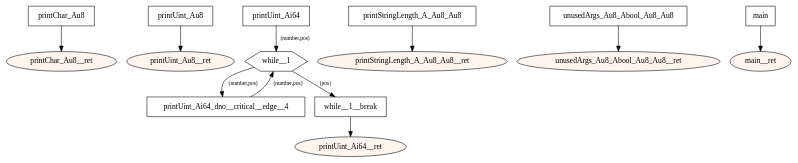
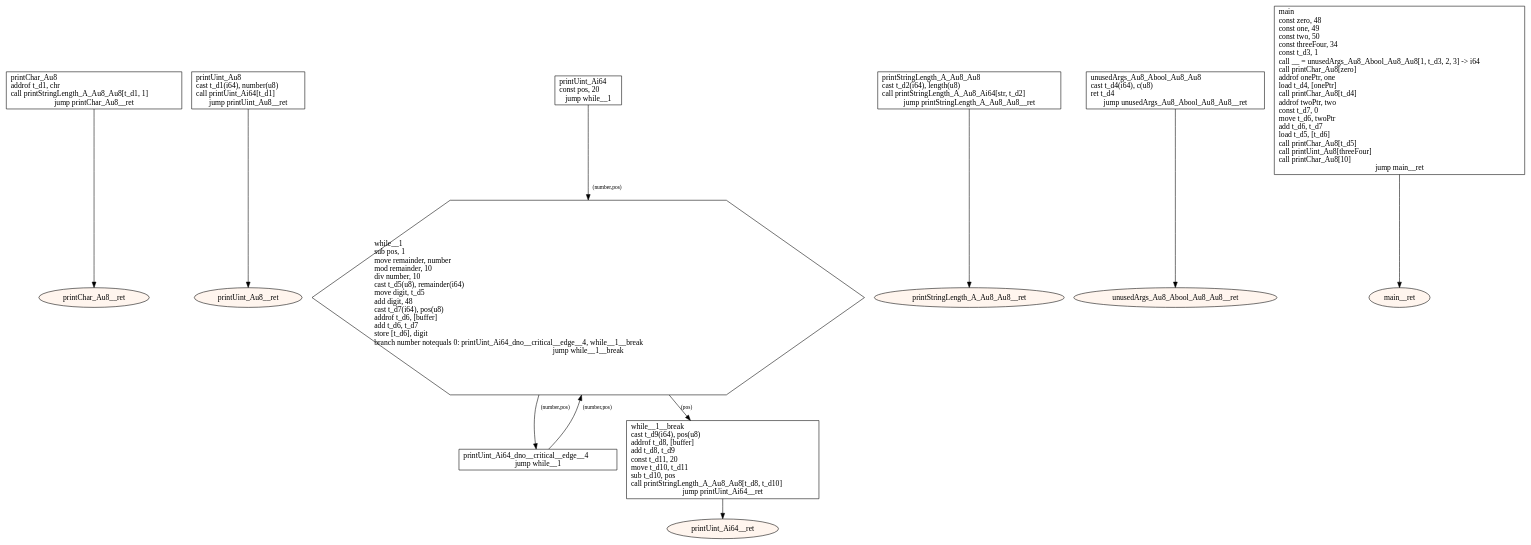
Before and after one commit to tmssngr/tinyC: the diagram in src/main/resources-test/compiler/windows/basics.dot, drawn with Graphviz. The commit also changed 23 other files, not shown here.

```diff
--- a/src/main/resources-test/compiler/windows/basics.dot
+++ b/src/main/resources-test/compiler/windows/basics.dot
@@ -1,40 +1,40 @@
 digraph program {
 	edge[fontsize="10pt"];
 	subgraph fn_printChar_Au8 {
-		BasicBlock_0_printChar_Au8 [label="printChar_Au8",shape=box];
+		BasicBlock_0_printChar_Au8 [label="printChar_Au8\laddrof t_d1, chr\lcall printStringLength_A_Au8_Au8[t_d1, 1]\ljump printChar_Au8__ret",shape=box];
 		BasicBlock_0_printChar_Au8 -> BasicBlock_0_printChar_Au8__ret;
 		BasicBlock_0_printChar_Au8__ret [label="printChar_Au8__ret",shape=oval,style=filled,fillcolor="#fff5ee"];
 	}
 	subgraph fn_printUint_Au8 {
-		BasicBlock_1_printUint_Au8 [label="printUint_Au8",shape=box];
+		BasicBlock_1_printUint_Au8 [label="printUint_Au8\lcast t_d1(i64), number(u8)\lcall printUint_Ai64[t_d1]\ljump printUint_Au8__ret",shape=box];
 		BasicBlock_1_printUint_Au8 -> BasicBlock_1_printUint_Au8__ret;
 		BasicBlock_1_printUint_Au8__ret [label="printUint_Au8__ret",shape=oval,style=filled,fillcolor="#fff5ee"];
 	}
 	subgraph fn_printUint_Ai64 {
-		BasicBlock_2_printUint_Ai64 [label="printUint_Ai64",shape=box];
+		BasicBlock_2_printUint_Ai64 [label="printUint_Ai64\lconst pos, 20\ljump while__1",shape=box];
 		BasicBlock_2_printUint_Ai64 -> BasicBlock_2_while__1 [label="(number,pos)"];
-		BasicBlock_2_printUint_Ai64_dno__critical__edge__4 [label="printUint_Ai64_dno__critical__edge__4",shape=box];
+		BasicBlock_2_printUint_Ai64_dno__critical__edge__4 [label="printUint_Ai64_dno__critical__edge__4\ljump while__1",shape=box];
 		BasicBlock_2_printUint_Ai64_dno__critical__edge__4 -> BasicBlock_2_while__1 [label="(number,pos)"];
-		BasicBlock_2_while__1 [label="while__1",shape=hexagon];
+		BasicBlock_2_while__1 [label="while__1\lsub pos, 1\lmove remainder, number\lmod remainder, 10\ldiv number, 10\lcast t_d5(u8), remainder(i64)\lmove digit, t_d5\ladd digit, 48\lcast t_d7(i64), pos(u8)\laddrof t_d6, [buffer]\ladd t_d6, t_d7\lstore [t_d6], digit\lbranch number notequals 0: printUint_Ai64_dno__critical__edge__4, while__1__break\ljump while__1__break",shape=hexagon];
 		BasicBlock_2_while__1 -> BasicBlock_2_printUint_Ai64_dno__critical__edge__4 [label="(number,pos)"];
 		BasicBlock_2_while__1 -> BasicBlock_2_while__1__break [label="(pos)"];
-		BasicBlock_2_while__1__break [label="while__1__break",shape=box];
+		BasicBlock_2_while__1__break [label="while__1__break\lcast t_d9(i64), pos(u8)\laddrof t_d8, [buffer]\ladd t_d8, t_d9\lconst t_d11, 20\lmove t_d10, t_d11\lsub t_d10, pos\lcall printStringLength_A_Au8_Au8[t_d8, t_d10]\ljump printUint_Ai64__ret",shape=box];
 		BasicBlock_2_while__1__break -> BasicBlock_2_printUint_Ai64__ret;
 		BasicBlock_2_printUint_Ai64__ret [label="printUint_Ai64__ret",shape=oval,style=filled,fillcolor="#fff5ee"];
 	}
 	subgraph fn_printStringLength_A_Au8_Au8 {
-		BasicBlock_3_printStringLength_A_Au8_Au8 [label="printStringLength_A_Au8_Au8",shape=box];
+		BasicBlock_3_printStringLength_A_Au8_Au8 [label="printStringLength_A_Au8_Au8\lcast t_d2(i64), length(u8)\lcall printStringLength_A_Au8_Ai64[str, t_d2]\ljump printStringLength_A_Au8_Au8__ret",shape=box];
 		BasicBlock_3_printStringLength_A_Au8_Au8 -> BasicBlock_3_printStringLength_A_Au8_Au8__ret;
 		BasicBlock_3_printStringLength_A_Au8_Au8__ret [label="printStringLength_A_Au8_Au8__ret",shape=oval,style=filled,fillcolor="#fff5ee"];
 	}
 	subgraph fn_unusedArgs_Au8_Abool_Au8_Au8 {
-		BasicBlock_4_unusedArgs_Au8_Abool_Au8_Au8 [label="unusedArgs_Au8_Abool_Au8_Au8",shape=box];
+		BasicBlock_4_unusedArgs_Au8_Abool_Au8_Au8 [label="unusedArgs_Au8_Abool_Au8_Au8\lcast t_d4(i64), c(u8)\lret t_d4\ljump unusedArgs_Au8_Abool_Au8_Au8__ret",shape=box];
 		BasicBlock_4_unusedArgs_Au8_Abool_Au8_Au8 -> BasicBlock_4_unusedArgs_Au8_Abool_Au8_Au8__ret;
 		BasicBlock_4_unusedArgs_Au8_Abool_Au8_Au8__ret [label="unusedArgs_Au8_Abool_Au8_Au8__ret",shape=oval,style=filled,fillcolor="#fff5ee"];
 	}
 	subgraph fn_main {
-		BasicBlock_5_main [label="main",shape=box];
+		BasicBlock_5_main [label="main\lconst zero, 48\lconst one, 49\lconst two, 50\lconst threeFour, 34\lconst t_d3, 1\lcall __ = unusedArgs_Au8_Abool_Au8_Au8[1, t_d3, 2, 3] -> i64\lcall printChar_Au8[zero]\laddrof onePtr, one\lload t_d4, [onePtr]\lcall printChar_Au8[t_d4]\laddrof twoPtr, two\lconst t_d7, 0\lmove t_d6, twoPtr\ladd t_d6, t_d7\lload t_d5, [t_d6]\lcall printChar_Au8[t_d5]\lcall printUint_Au8[threeFour]\lcall printChar_Au8[10]\ljump main__ret",shape=box];
 		BasicBlock_5_main -> BasicBlock_5_main__ret;
 		BasicBlock_5_main__ret [label="main__ret",shape=oval,style=filled,fillcolor="#fff5ee"];
 	}
 }
```
